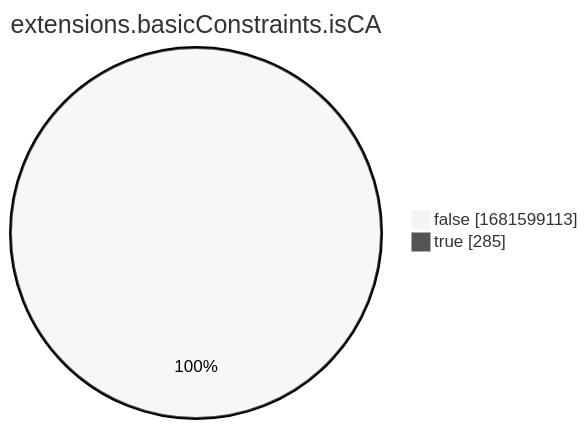
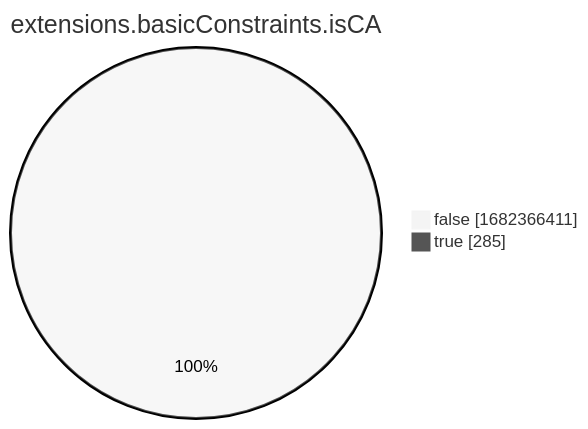
The eighth of 15 diagrams in xenon2022/README.md (christiankrug/ctmonitor_visualization), drawn with Mermaid (neutral theme) before and after one commit. The commit also changed other lines of this file, not shown here.

````diff
--- a/xenon2022/README.md
+++ b/xenon2022/README.md
@@ -2865,6 +2865,6 @@
 ```mermaid
 pie showData
 title extensions.basicConstraints.isCA
-"false" :1681599113
+"false" :1682366411
 "true" :285
 ```
````
